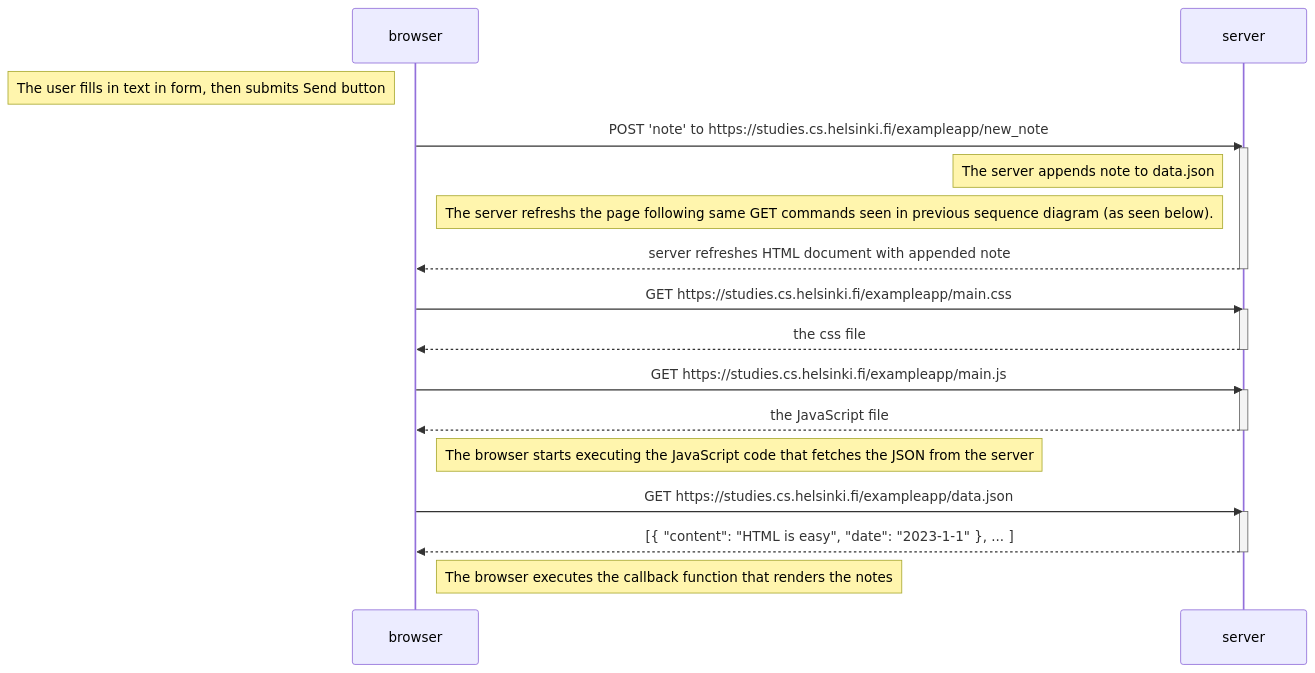
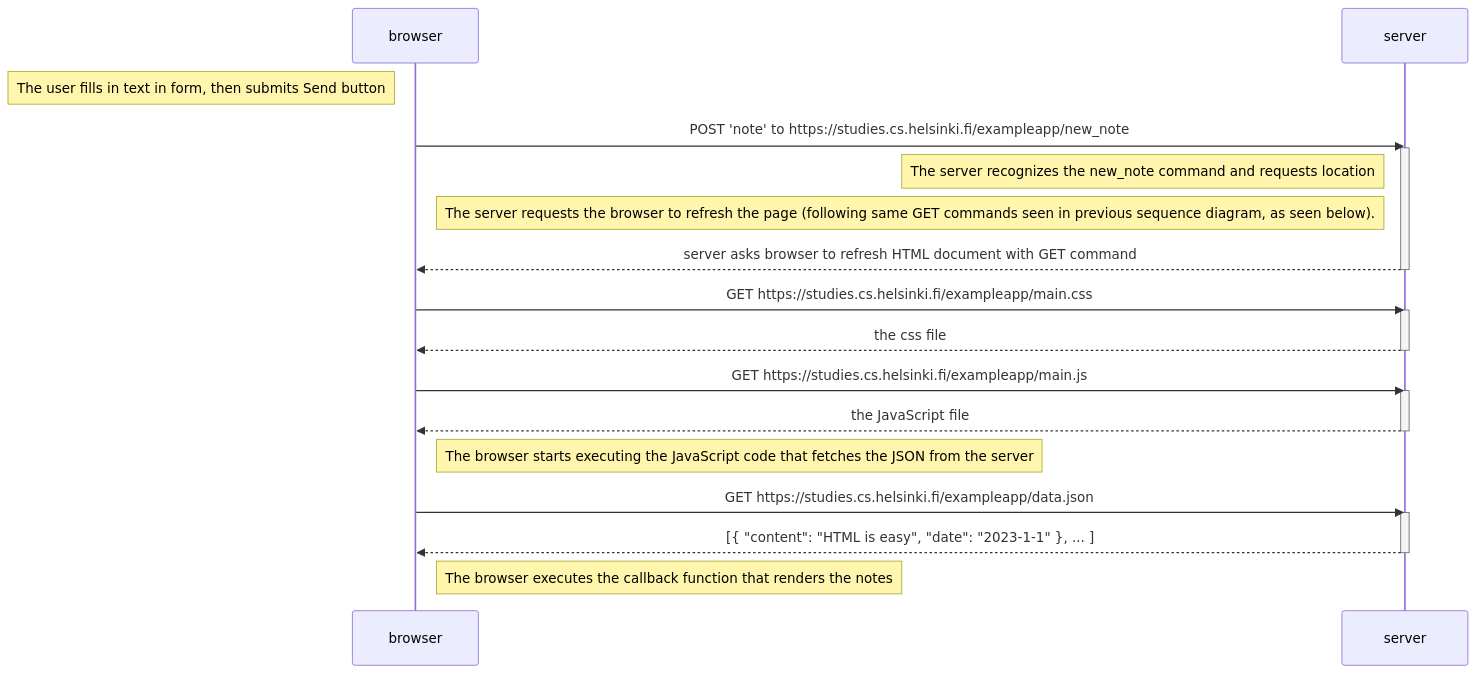
One commit to hobranan/fullstackopen_UHelsinki changed the first of 3 diagrams in part0/0.4 New note diagram.md. Above: the diagram before and after it, drawn with Mermaid.

````diff
--- a/part0/0.4 New note diagram.md
+++ b/part0/0.4 New note diagram.md
@@ -1,32 +1,33 @@
 ```mermaid
 sequenceDiagram
     participant browser
     participant server
+
     Note left of browser: The user fills in text in form, then submits Send button
     browser->>server: POST 'note' to https://studies.cs.helsinki.fi/exampleapp/new_note
     activate server
-    Note left of server: The server appends note to data.json
-    Note left of server: The server refreshs the page following same GET commands seen in previous sequence diagram (as seen below).
+    Note left of server: The server recognizes the new_note command and requests location
+    Note left of server: The server requests the browser to refresh the page (following same GET commands seen in previous sequence diagram, as seen below).
 
-    server-->>browser: server refreshes HTML document with appended note
+    server-->>browser: server asks browser to refresh HTML document with GET command
     deactivate server
 
     browser->>server: GET https://studies.cs.helsinki.fi/exampleapp/main.css
     activate server
     server-->>browser: the css file
     deactivate server
 
     browser->>server: GET https://studies.cs.helsinki.fi/exampleapp/main.js
     activate server
     server-->>browser: the JavaScript file
     deactivate server
 
     Note right of browser: The browser starts executing the JavaScript code that fetches the JSON from the server
 
     browser->>server: GET https://studies.cs.helsinki.fi/exampleapp/data.json
     activate server
     server-->>browser: [{ "content": "HTML is easy", "date": "2023-1-1" }, ... ]
     deactivate server
 
     Note right of browser: The browser executes the callback function that renders the notes
 ```
````
